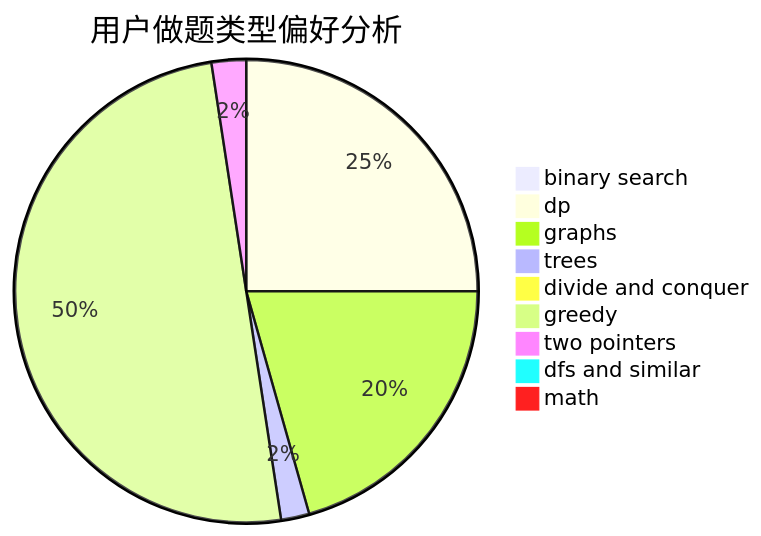
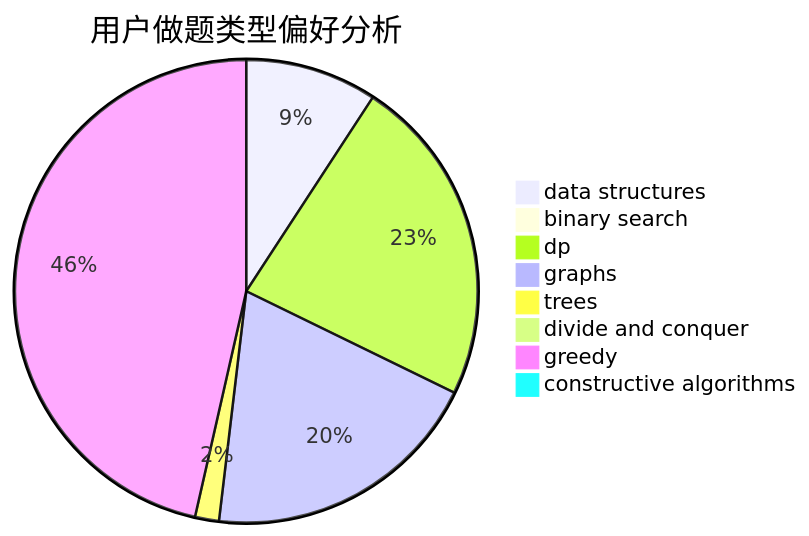
Before and after one commit to sherpahu/cfrs.github.io: the second of 3 diagrams in docs/user/u2642.md, drawn with Mermaid. The commit also changed other lines of this file and 2775 other files, not shown here.

````diff
--- a/docs/user/u2642.md
+++ b/docs/user/u2642.md
@@ -23,12 +23,11 @@
 ```mermaid
 pie title 用户做题类型偏好分析
+    "data structures" :  44
     "binary search" :  3
-    "dp" :  114
+    "dp" :  110
     "graphs" :  94
-    "trees" :  9
+    "trees" :  8
     "divide and conquer" :  1
-    "greedy" :  228
-    "two pointers" :  11
-    "dfs and similar" :  0
-    "math" :  0
+    "greedy" :  222
+    "constructive algorithms" :  0
 ```
````
